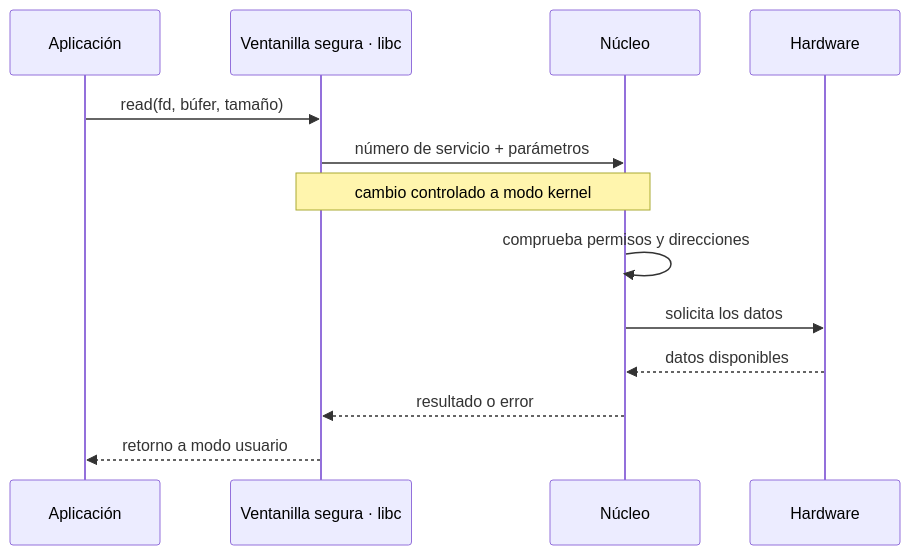
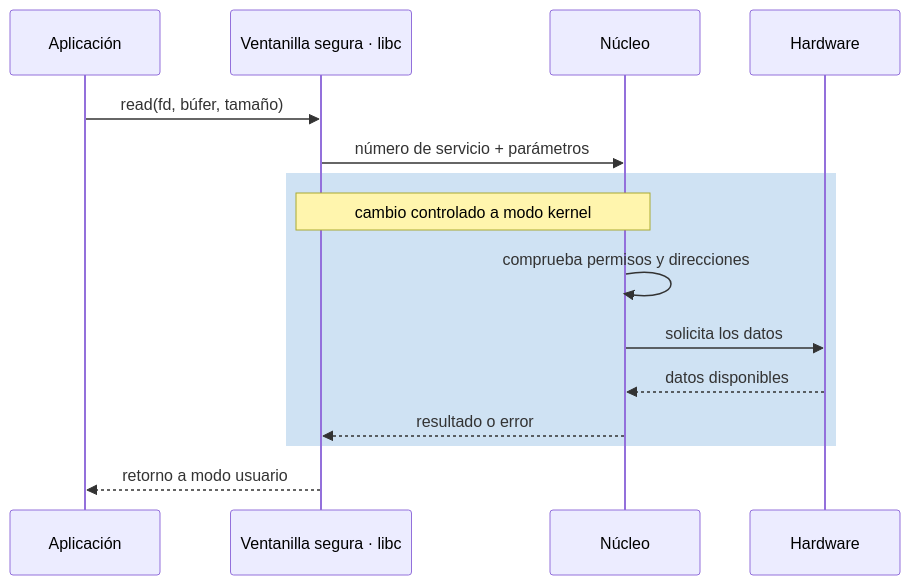
Before and after one commit to asiermarzo/ssoo: the third of 3 diagrams in TEORIA/02-espacio-usuario-espacio-kernel/README.md, drawn with Mermaid. The commit also changed other lines of this file and 25 other files, not shown here.

Commit message:
refinado de diagramas mermaid y svg

````diff
--- a/TEORIA/02-espacio-usuario-espacio-kernel/README.md
+++ b/TEORIA/02-espacio-usuario-espacio-kernel/README.md
@@ -81,15 +96,17 @@
 ```mermaid
 sequenceDiagram
     participant A as Aplicación
     participant V as Ventanilla segura · libc
     participant K as Núcleo
     participant H as Hardware
     A->>V: read(fd, búfer, tamaño)
     V->>K: número de servicio + parámetros
-    Note over V,K: cambio controlado a modo kernel
-    K->>K: comprueba permisos y direcciones
-    K->>H: solicita los datos
-    H-->>K: datos disponibles
-    K-->>V: resultado o error
+    rect rgb(207, 226, 243)
+        Note over V,K: cambio controlado a modo kernel
+        K->>K: comprueba permisos y direcciones
+        K->>H: solicita los datos
+        H-->>K: datos disponibles
+        K-->>V: resultado o error
+    end
     V-->>A: retorno a modo usuario
 ```
````
